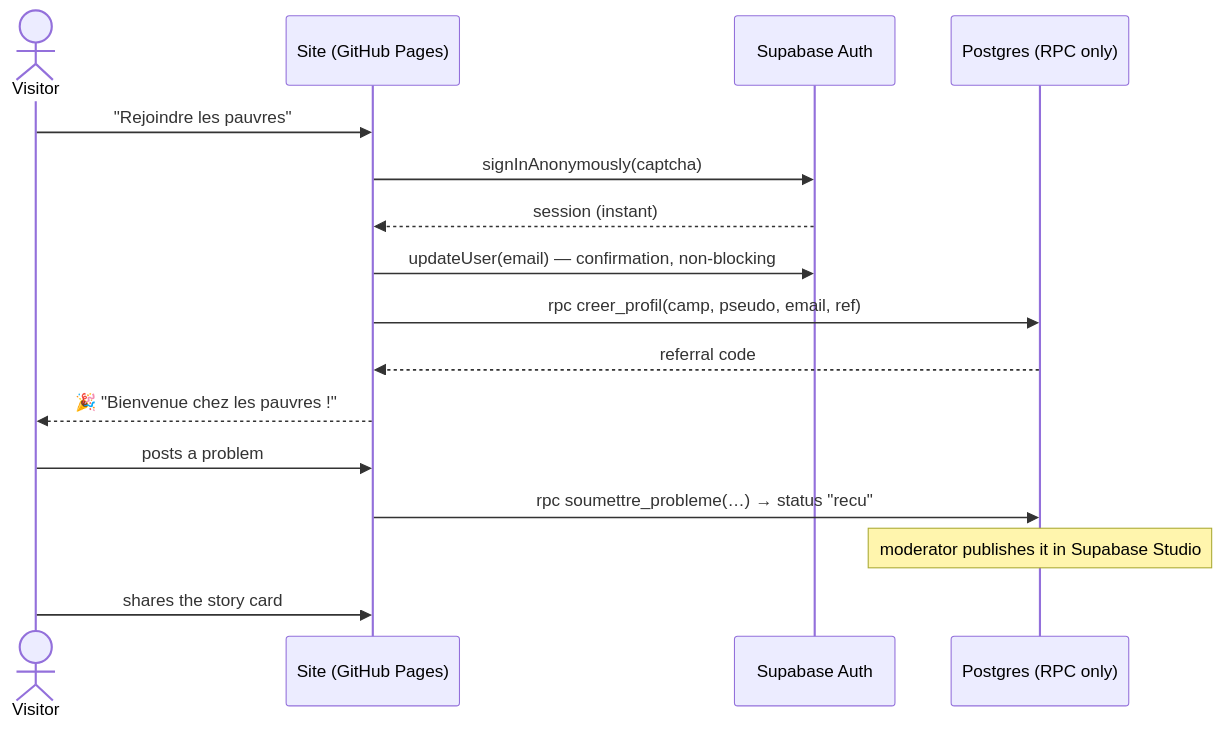
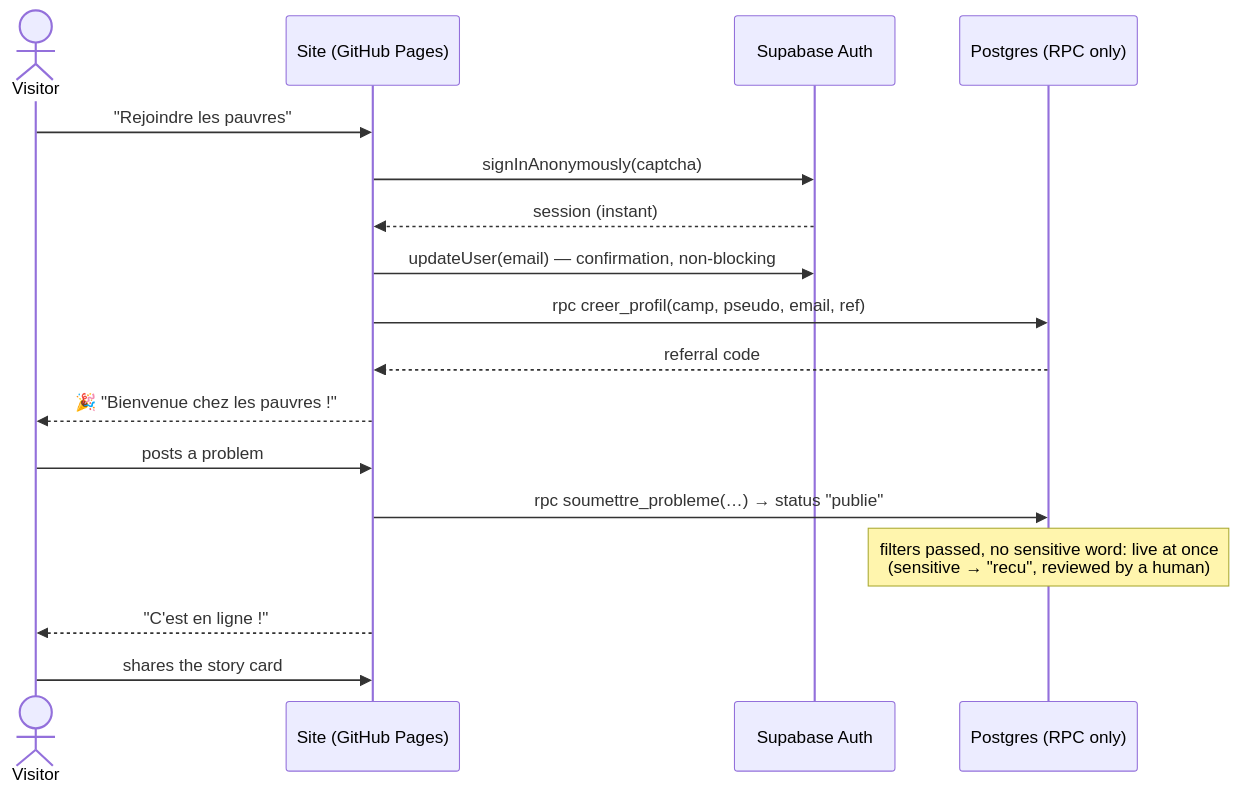
One commit to whopaysquipaie-afk/whopays changed the first of 2 diagrams in README.md. Above: the diagram before and after it, drawn with Mermaid. The commit also changed other lines of this file and 19 other files, not shown here.

````diff
--- a/README.md
+++ b/README.md
@@ -60,18 +60,19 @@
 ```mermaid
 sequenceDiagram
   actor V as Visitor
   participant S as Site (GitHub Pages)
   participant A as Supabase Auth
   participant DB as Postgres (RPC only)
   V->>S: "Rejoindre les pauvres"
   S->>A: signInAnonymously(captcha)
   A-->>S: session (instant)
   S->>A: updateUser(email) — confirmation, non-blocking
   S->>DB: rpc creer_profil(camp, pseudo, email, ref)
   DB-->>S: referral code
   S-->>V: 🎉 "Bienvenue chez les pauvres !"
   V->>S: posts a problem
-  S->>DB: rpc soumettre_probleme(…) → status "recu"
-  Note over DB: moderator publishes it in Supabase Studio
+  S->>DB: rpc soumettre_probleme(…) → status "publie"
+  Note over DB: filters passed, no sensitive word: live at once<br/>(sensitive → "recu", reviewed by a human)
+  S-->>V: "C'est en ligne !"
   V->>S: shares the story card
 ```
````
